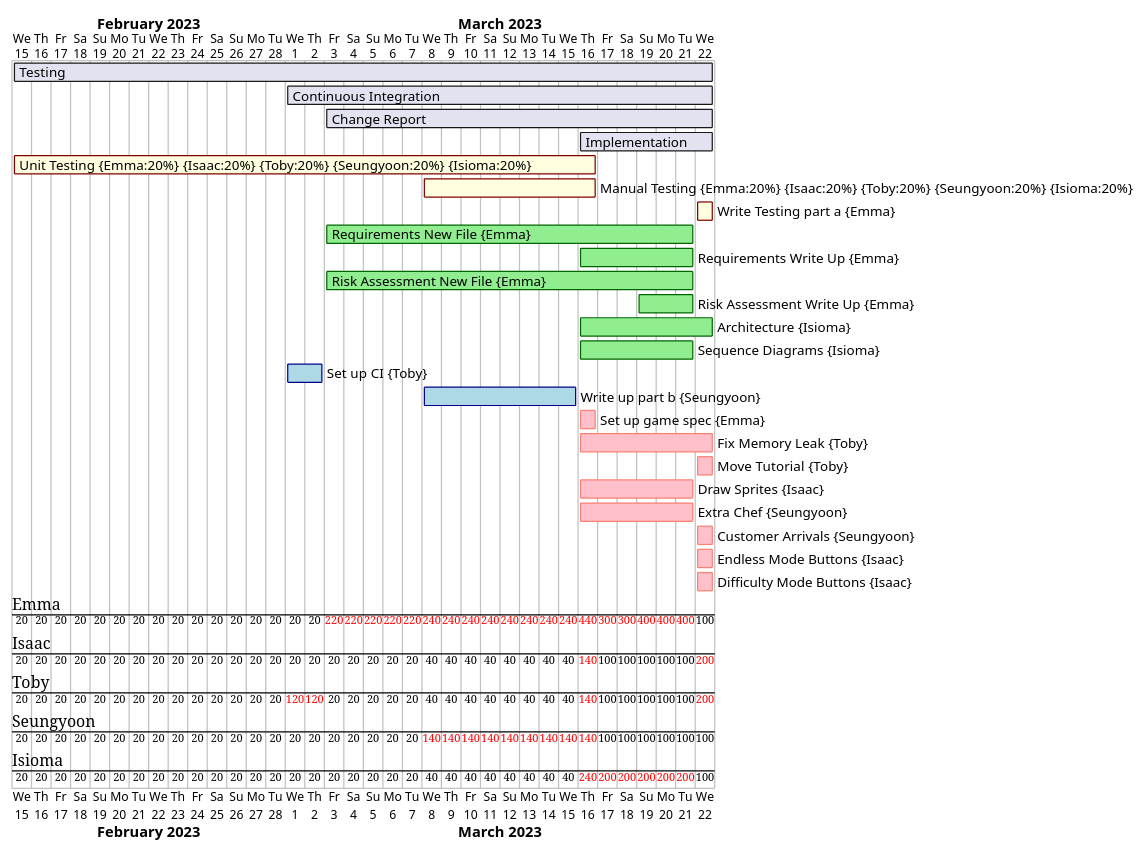
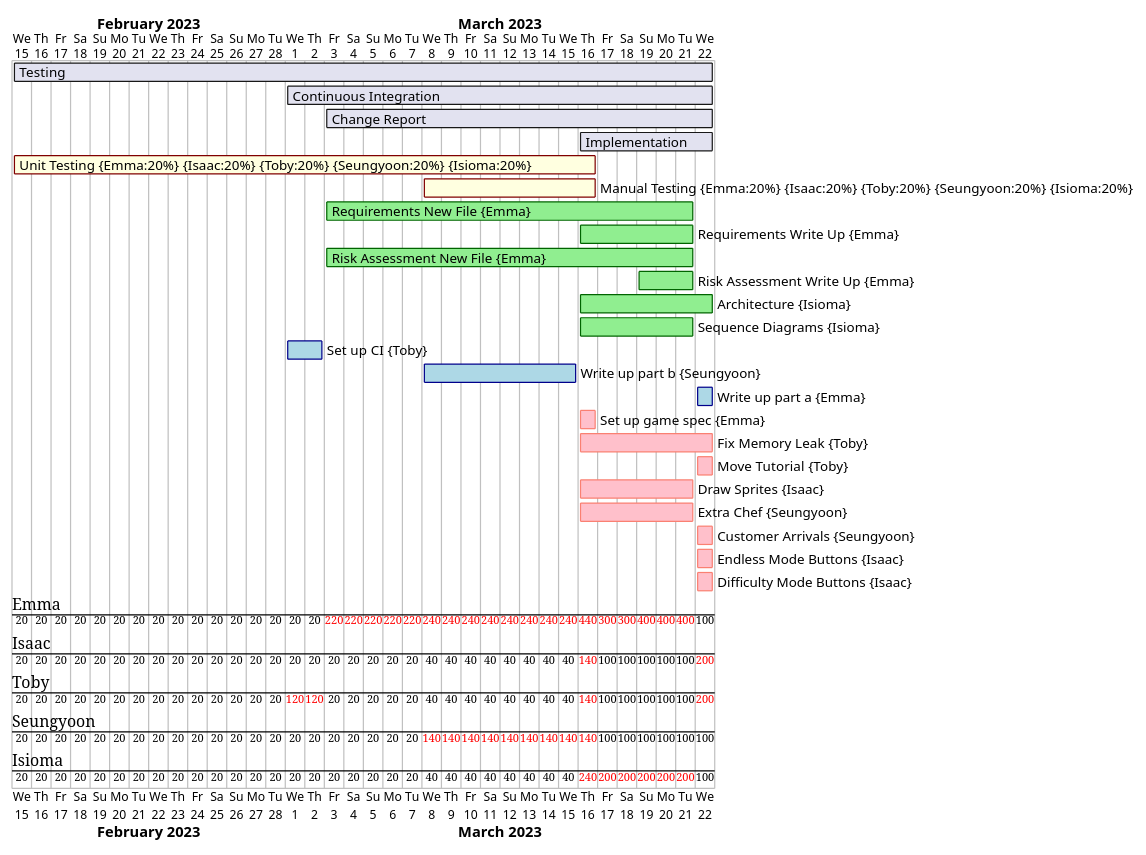
One commit to AsimovENG1/project_eng1_team3 changed the diagram in gantts/Week5.puml. Above: the diagram before and after it, drawn with PlantUML.

Commit message:
Wrong task week 5

```diff
--- a/gantts/Week5.puml
+++ b/gantts/Week5.puml
@@ -1,36 +1,36 @@
 @startgantt
 
 Project starts 2023-02-15
 
 [Testing] starts 2023-02-15
 [Testing] lasts 36 days
 [Continuous Integration] starts 2023-03-01
 [Continuous Integration] lasts 22 days
 [Change Report] starts 2023-03-03
 [Change Report] lasts 20 days
 [Implementation] starts 2023-03-16
 [Implementation] lasts 7 days
 
 [Unit Testing] on {Emma:20%} {Isaac:20%} {Toby:20%} {Seungyoon:20%} {Isioma:20%} starts 2023-02-15 and ends 2023-03-16 and is colored in LightYellow/Maroon
 [Manual Testing] on {Emma:20%} {Isaac:20%} {Toby:20%} {Seungyoon:20%} {Isioma:20%} starts 2023-03-08 and ends 2023-03-16 and is colored in LightYellow/Maroon
-[Write Testing part a] on {Emma:100%} starts 2023-03-22 and ends 2023-03-22 and is colored in LightYellow/Maroon
 
 [Requirements New File] on {Emma:100%} starts 2023-03-03 and ends 2023-03-21 and is colored in LightGreen/DarkGreen
 [Requirements Write Up] on {Emma:100%} starts 2023-03-16 and ends 2023-03-21 and is colored in LightGreen/DarkGreen
 [Risk Assessment New File] on {Emma:100%} starts 2023-03-03 and ends 2023-03-21 and is colored in LightGreen/DarkGreen
 [Risk Assessment Write Up] on {Emma:100%} starts 2023-03-19 and ends 2023-03-21 and is colored in LightGreen/DarkGreen
 [Architecture] on {Isioma:100%} starts 2023-03-16 and ends 2023-03-22 and is colored in LightGreen/DarkGreen
 [Sequence Diagrams] on {Isioma:100%} starts 2023-03-16 and ends 2023-03-21 and is colored in LightGreen/DarkGreen
 
 [Set up CI] on {Toby:100%} starts 2023-03-01 and ends 2023-03-02 and is colored in LightBlue/DarkBlue
 [Write up part b] on {Seungyoon:100%} starts 2023-03-08 and ends 2023-03-15 and is colored in LightBlue/DarkBlue
+[Write up part a] on {Emma:100%} starts 2023-03-22 and ends 2023-03-22 and is colored in LightBlue/DarkBlue
 
 [Set up game spec] on {Emma:100%} starts 2023-03-16 and ends 2023-03-16 and is colored in Pink/Salmon
 [Fix Memory Leak] on {Toby:100%} starts 2023-03-16 and ends 2023-03-22 and is colored in Pink/Salmon
 [Move Tutorial] on {Toby:100%} starts 2023-03-22 and ends 2023-03-22 and is colored in Pink/Salmon
 [Draw Sprites] on {Isaac:100%} starts 2023-03-16 and ends 2023-03-21 and is colored in Pink/Salmon
 [Extra Chef] on {Seungyoon:100%} starts 2023-03-16 and ends 2023-03-21 and is colored in Pink/Salmon
 [Customer Arrivals] on {Seungyoon:100%} starts 2023-03-22 and ends 2023-03-22 and is colored in Pink/Salmon
 [Endless Mode Buttons] on {Isaac:100%} starts 2023-03-22 and ends 2023-03-22 and is colored in Pink/Salmon
 [Difficulty Mode Buttons] on {Isaac:100%} starts 2023-03-22 and ends 2023-03-22 and is colored in Pink/Salmon
 @endgantt
```
